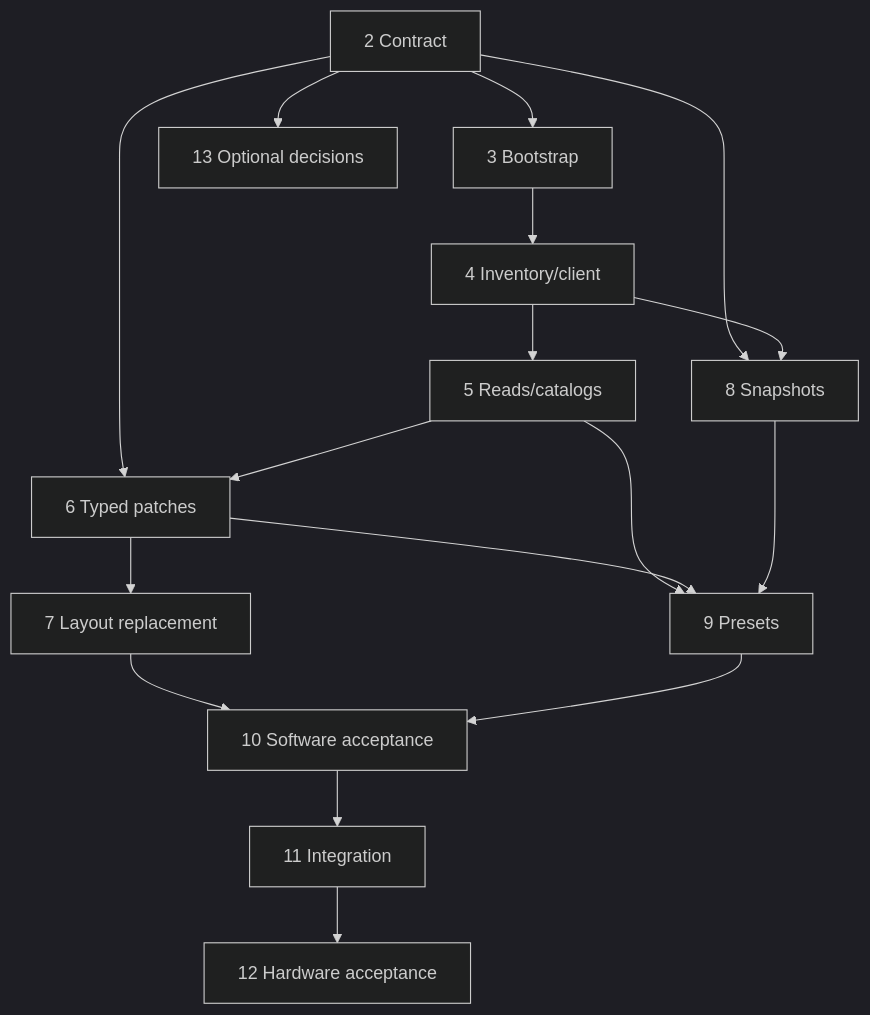
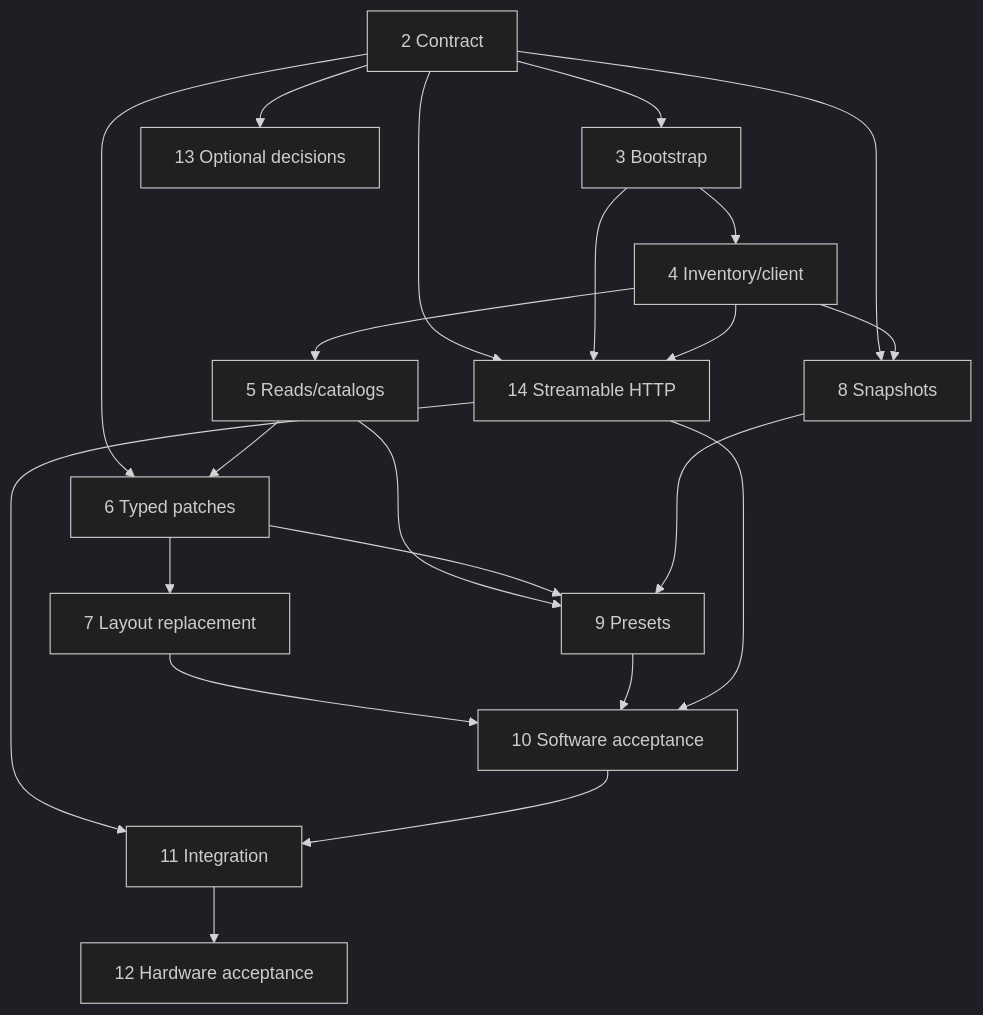
One commit to descipar/wled-mcp changed the diagram in docs/IMPLEMENTATION-PLAN.md. Above: the diagram before and after it, drawn with Mermaid (dark theme). The commit also changed other lines of this file and 12 other files, not shown here.

Commit message:
Require Streamable HTTP alongside uvx stdio and update backlog

````diff
--- a/docs/IMPLEMENTATION-PLAN.md
+++ b/docs/IMPLEMENTATION-PLAN.md
@@ -30,19 +31,24 @@
 ```mermaid
 flowchart TD
   I2[2 Contract] --> I3[3 Bootstrap]
   I3 --> I4[4 Inventory/client]
   I4 --> I5[5 Reads/catalogs]
   I2 --> I6[6 Typed patches]
   I5 --> I6
   I6 --> I7[7 Layout replacement]
   I2 --> I8[8 Snapshots]
   I4 --> I8
+  I2 --> I14[14 Streamable HTTP]
+  I3 --> I14
+  I4 --> I14
   I5 --> I9[9 Presets]
   I6 --> I9
   I8 --> I9
   I7 --> I10[10 Software acceptance]
   I9 --> I10
+  I14 --> I10
+  I14 --> I11
   I10 --> I11[11 Integration]
   I11 --> I12[12 Hardware acceptance]
   I2 --> I13[13 Optional decisions]
 ```
````
